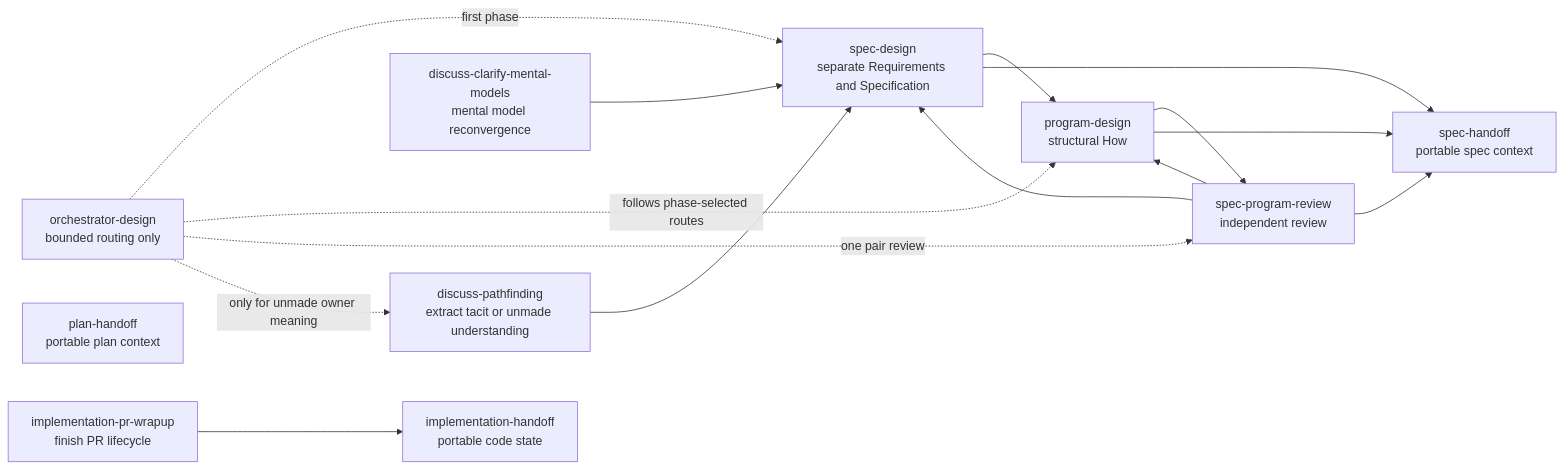
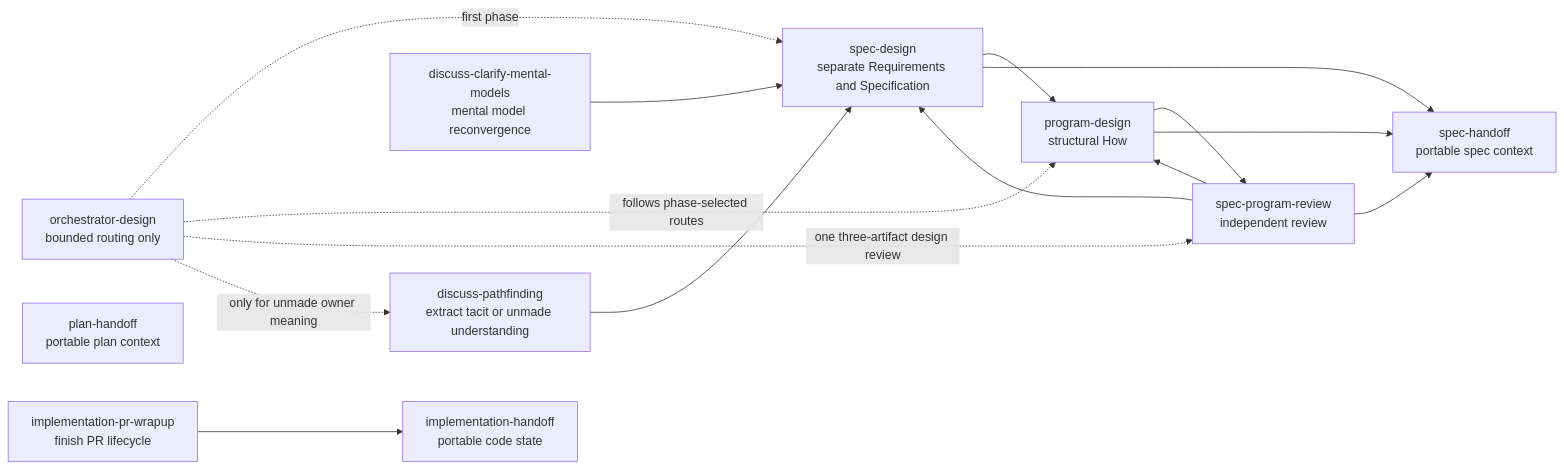
One commit to ShravanSunder/ai-tools changed the diagram in plugins/shravan-dev-workflow/README.md. Above: the diagram before and after it, drawn with Mermaid. The commit also changed other lines of this file and 43 other files, not shown here.

Commit message:
fix(workflow): use three-artifact design review

````diff
--- a/plugins/shravan-dev-workflow/README.md
+++ b/plugins/shravan-dev-workflow/README.md
@@ -53,32 +53,32 @@
 ```mermaid
 flowchart LR
     pathfinding["discuss-pathfinding<br/>extract tacit or unmade understanding"]
     mentalModels["discuss-clarify-mental-models<br/>mental model reconvergence"]
     designCycle["orchestrator-design<br/>bounded routing only"]
 
     specDesign["spec-design<br/>separate Requirements and Specification"]
     programDesign["program-design<br/>structural How"]
     specReview["spec-program-review<br/>independent review"]
     specHandoff["spec-handoff<br/>portable spec context"]
 
     planHandoff["plan-handoff<br/>portable plan context"]
 
     implWrap["implementation-pr-wrapup<br/>finish PR lifecycle"]
     implHandoff["implementation-handoff<br/>portable code state"]
 
     pathfinding --> specDesign
     mentalModels --> specDesign
     designCycle -.->|"first phase"| specDesign
     designCycle -.->|"follows phase-selected routes"| programDesign
-    designCycle -.->|"one pair review"| specReview
+    designCycle -.->|"one three-artifact design review"| specReview
     designCycle -.->|"only for unmade owner meaning"| pathfinding
 
     specDesign --> programDesign
     programDesign --> specReview
     specDesign --> specHandoff
     programDesign --> specHandoff
     specReview --> specHandoff
     specReview --> specDesign
     specReview --> programDesign
     implWrap --> implHandoff
 ```
````
